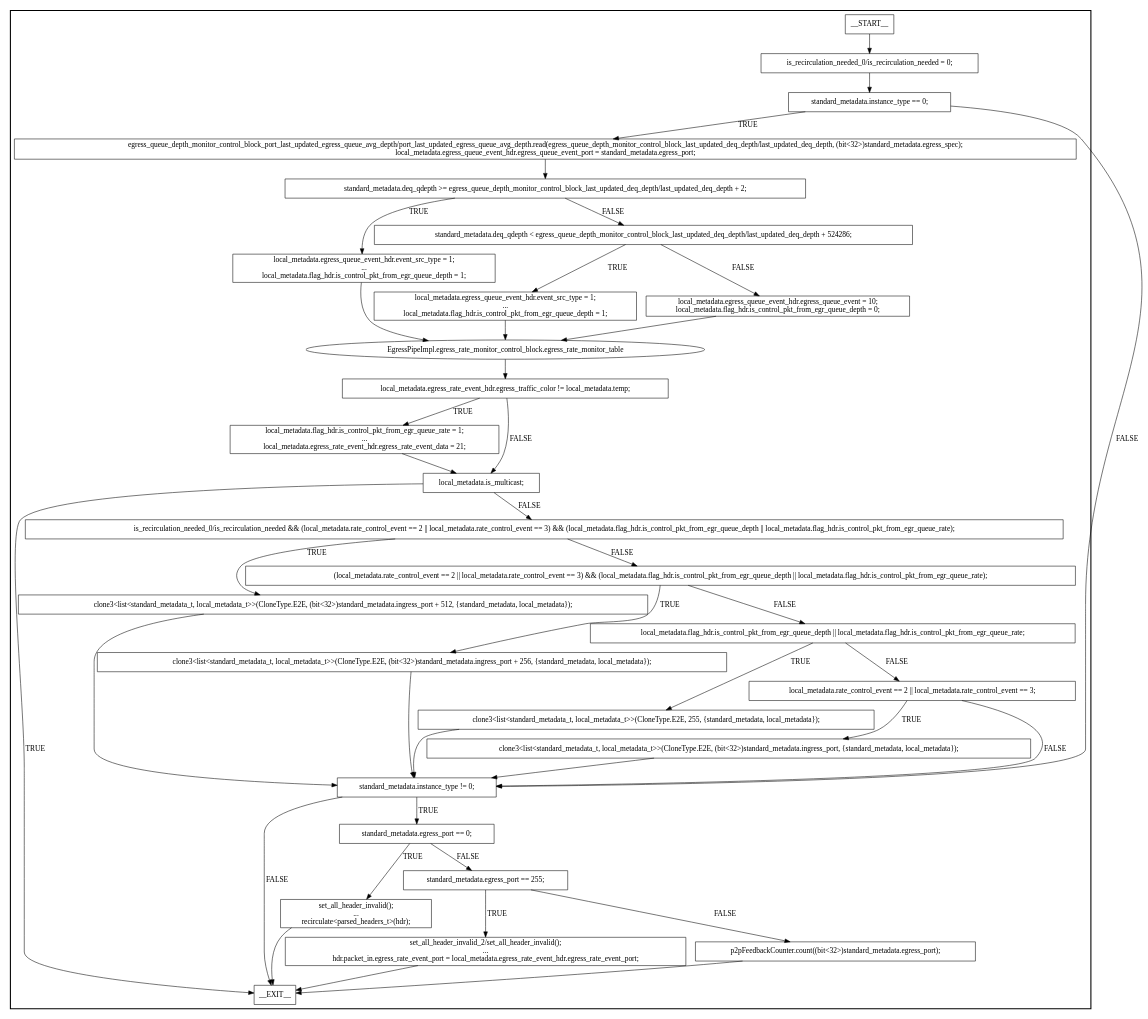
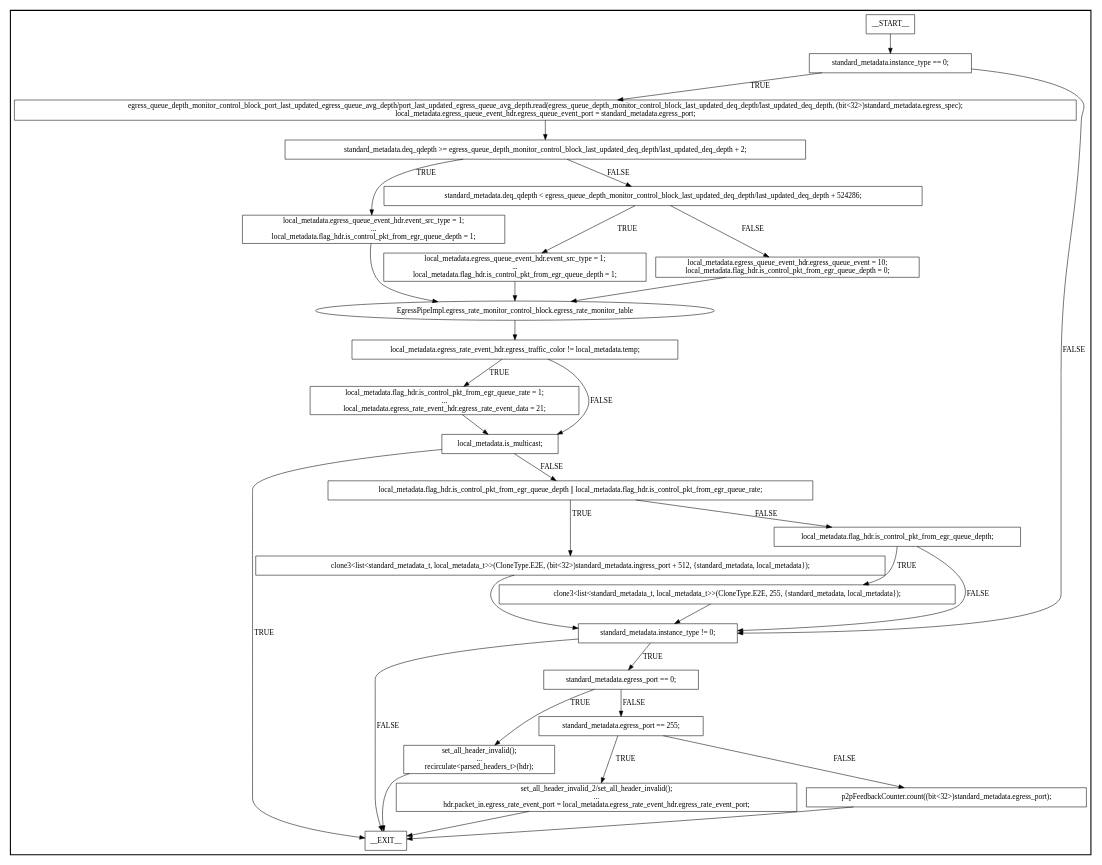
The diagram in p4src/graphs/spine/EgressPipeImpl.dot (drobinkent/P4TE_UPTO_ELSEVIER_CN_REVISION_1), drawn with Graphviz before and after one commit. The commit also changed 646 other files, not shown here.

```diff
--- a/p4src/graphs/spine/EgressPipeImpl.dot
+++ b/p4src/graphs/spine/EgressPipeImpl.dot
@@ -1,85 +1,73 @@
 digraph EgressPipeImpl {
 subgraph cluster {
 graph [
 label="", labeljust=r, style=bold];
 0[label=__START__, margin="", shape=rectangle, style=solid];
 1[label=__EXIT__, margin="", shape=rectangle, style=solid];
-2[label="is_recirculation_needed_0/is_recirculation_needed = 0;", margin="", shape=rectangle, style=solid];
-3[label="standard_metadata.instance_type == 0;", margin="", shape=rectangle, style=solid];
-4[label="egress_queue_depth_monitor_control_block_port_last_updated_egress_queue_avg_depth/port_last_updated_egress_queue_avg_depth.read(egress_queue_depth_monitor_control_block_last_updated_deq_depth/last_updated_deq_depth, (bit<32>)standard_metadata.egress_spec);
+2[label="standard_metadata.instance_type == 0;", margin="", shape=rectangle, style=solid];
+3[label="egress_queue_depth_monitor_control_block_port_last_updated_egress_queue_avg_depth/port_last_updated_egress_queue_avg_depth.read(egress_queue_depth_monitor_control_block_last_updated_deq_depth/last_updated_deq_depth, (bit<32>)standard_metadata.egress_spec);
 local_metadata.egress_queue_event_hdr.egress_queue_event_port = standard_metadata.egress_port;", margin="", shape=rectangle, style=solid];
-5[label="standard_metadata.deq_qdepth >= egress_queue_depth_monitor_control_block_last_updated_deq_depth/last_updated_deq_depth + 2;", margin="", shape=rectangle, style=solid];
-6[label="local_metadata.egress_queue_event_hdr.event_src_type = 1;
+4[label="standard_metadata.deq_qdepth >= egress_queue_depth_monitor_control_block_last_updated_deq_depth/last_updated_deq_depth + 2;", margin="", shape=rectangle, style=solid];
+5[label="local_metadata.egress_queue_event_hdr.event_src_type = 1;
 ...
 local_metadata.flag_hdr.is_control_pkt_from_egr_queue_depth = 1;", margin="", shape=rectangle, style=solid];
-7[label="standard_metadata.deq_qdepth < egress_queue_depth_monitor_control_block_last_updated_deq_depth/last_updated_deq_depth + 524286;", margin="", shape=rectangle, style=solid];
-8[label="local_metadata.egress_queue_event_hdr.event_src_type = 1;
+6[label="standard_metadata.deq_qdepth < egress_queue_depth_monitor_control_block_last_updated_deq_depth/last_updated_deq_depth + 524286;", margin="", shape=rectangle, style=solid];
+7[label="local_metadata.egress_queue_event_hdr.event_src_type = 1;
 ...
 local_metadata.flag_hdr.is_control_pkt_from_egr_queue_depth = 1;", margin="", shape=rectangle, style=solid];
-9[label="local_metadata.egress_queue_event_hdr.egress_queue_event = 10;
+8[label="local_metadata.egress_queue_event_hdr.egress_queue_event = 10;
 local_metadata.flag_hdr.is_control_pkt_from_egr_queue_depth = 0;", margin="", shape=rectangle, style=solid];
-10[label="EgressPipeImpl.egress_rate_monitor_control_block.egress_rate_monitor_table", margin="", shape=ellipse, style=solid];
-11[label="local_metadata.egress_rate_event_hdr.egress_traffic_color != local_metadata.temp;", margin="", shape=rectangle, style=solid];
-12[label="local_metadata.flag_hdr.is_control_pkt_from_egr_queue_rate = 1;
+9[label="EgressPipeImpl.egress_rate_monitor_control_block.egress_rate_monitor_table", margin="", shape=ellipse, style=solid];
+10[label="local_metadata.egress_rate_event_hdr.egress_traffic_color != local_metadata.temp;", margin="", shape=rectangle, style=solid];
+11[label="local_metadata.flag_hdr.is_control_pkt_from_egr_queue_rate = 1;
 ...
 local_metadata.egress_rate_event_hdr.egress_rate_event_data = 21;", margin="", shape=rectangle, style=solid];
-13[label="local_metadata.is_multicast;", margin="", shape=rectangle, style=solid];
-14[label="is_recirculation_needed_0/is_recirculation_needed && (local_metadata.rate_control_event == 2 || local_metadata.rate_control_event == 3) && (local_metadata.flag_hdr.is_control_pkt_from_egr_queue_depth || local_metadata.flag_hdr.is_control_pkt_from_egr_queue_rate);", margin="", shape=rectangle, style=solid];
-15[label="clone3<list<standard_metadata_t, local_metadata_t>>(CloneType.E2E, (bit<32>)standard_metadata.ingress_port + 512, {standard_metadata, local_metadata});", margin="", shape=rectangle, style=solid];
-16[label="(local_metadata.rate_control_event == 2 || local_metadata.rate_control_event == 3) && (local_metadata.flag_hdr.is_control_pkt_from_egr_queue_depth || local_metadata.flag_hdr.is_control_pkt_from_egr_queue_rate);", margin="", shape=rectangle, style=solid];
-17[label="clone3<list<standard_metadata_t, local_metadata_t>>(CloneType.E2E, (bit<32>)standard_metadata.ingress_port + 256, {standard_metadata, local_metadata});", margin="", shape=rectangle, style=solid];
-18[label="local_metadata.flag_hdr.is_control_pkt_from_egr_queue_depth || local_metadata.flag_hdr.is_control_pkt_from_egr_queue_rate;", margin="", shape=rectangle, style=solid];
-19[label="clone3<list<standard_metadata_t, local_metadata_t>>(CloneType.E2E, 255, {standard_metadata, local_metadata});", margin="", shape=rectangle, style=solid];
-20[label="local_metadata.rate_control_event == 2 || local_metadata.rate_control_event == 3;", margin="", shape=rectangle, style=solid];
-21[label="clone3<list<standard_metadata_t, local_metadata_t>>(CloneType.E2E, (bit<32>)standard_metadata.ingress_port, {standard_metadata, local_metadata});", margin="", shape=rectangle, style=solid];
-22[label="standard_metadata.instance_type != 0;", margin="", shape=rectangle, style=solid];
-23[label="standard_metadata.egress_port == 0;", margin="", shape=rectangle, style=solid];
-24[label="set_all_header_invalid();
+12[label="local_metadata.is_multicast;", margin="", shape=rectangle, style=solid];
+13[label="local_metadata.flag_hdr.is_control_pkt_from_egr_queue_depth || local_metadata.flag_hdr.is_control_pkt_from_egr_queue_rate;", margin="", shape=rectangle, style=solid];
+14[label="clone3<list<standard_metadata_t, local_metadata_t>>(CloneType.E2E, (bit<32>)standard_metadata.ingress_port + 512, {standard_metadata, local_metadata});", margin="", shape=rectangle, style=solid];
+15[label="local_metadata.flag_hdr.is_control_pkt_from_egr_queue_depth;", margin="", shape=rectangle, style=solid];
+16[label="clone3<list<standard_metadata_t, local_metadata_t>>(CloneType.E2E, 255, {standard_metadata, local_metadata});", margin="", shape=rectangle, style=solid];
+17[label="standard_metadata.instance_type != 0;", margin="", shape=rectangle, style=solid];
+18[label="standard_metadata.egress_port == 0;", margin="", shape=rectangle, style=solid];
+19[label="set_all_header_invalid();
 ...
 recirculate<parsed_headers_t>(hdr);", margin="", shape=rectangle, style=solid];
-25[label="standard_metadata.egress_port == 255;", margin="", shape=rectangle, style=solid];
-26[label="set_all_header_invalid_2/set_all_header_invalid();
+20[label="standard_metadata.egress_port == 255;", margin="", shape=rectangle, style=solid];
+21[label="set_all_header_invalid_2/set_all_header_invalid();
 ...
 hdr.packet_in.egress_rate_event_port = local_metadata.egress_rate_event_hdr.egress_rate_event_port;", margin="", shape=rectangle, style=solid];
-27[label="p2pFeedbackCounter.count((bit<32>)standard_metadata.egress_port);", margin="", shape=rectangle, style=solid];
+22[label="p2pFeedbackCounter.count((bit<32>)standard_metadata.egress_port);", margin="", shape=rectangle, style=solid];
 0 -> 2[label=""];
-2 -> 3[label=""];
-3 -> 4[label=TRUE];
-3 -> 22[label=FALSE];
-4 -> 5[label=""];
-5 -> 6[label=TRUE];
-5 -> 7[label=FALSE];
-6 -> 10[label=""];
-7 -> 8[label=TRUE];
-7 -> 9[label=FALSE];
-8 -> 10[label=""];
+2 -> 3[label=TRUE];
+2 -> 17[label=FALSE];
+3 -> 4[label=""];
+4 -> 5[label=TRUE];
+4 -> 6[label=FALSE];
+5 -> 9[label=""];
+6 -> 7[label=TRUE];
+6 -> 8[label=FALSE];
+7 -> 9[label=""];
+8 -> 9[label=""];
 9 -> 10[label=""];
-10 -> 11[label=""];
-11 -> 12[label=TRUE];
-11 -> 13[label=FALSE];
-12 -> 13[label=""];
-13 -> 1[label=TRUE];
-13 -> 14[label=FALSE];
-14 -> 15[label=TRUE];
-14 -> 16[label=FALSE];
-15 -> 22[label=""];
-16 -> 17[label=TRUE];
-16 -> 18[label=FALSE];
-17 -> 22[label=""];
+10 -> 11[label=TRUE];
+10 -> 12[label=FALSE];
+11 -> 12[label=""];
+12 -> 1[label=TRUE];
+12 -> 13[label=FALSE];
+13 -> 14[label=TRUE];
+13 -> 15[label=FALSE];
+14 -> 17[label=""];
+15 -> 16[label=TRUE];
+15 -> 17[label=FALSE];
+16 -> 17[label=""];
+17 -> 18[label=TRUE];
+17 -> 1[label=FALSE];
 18 -> 19[label=TRUE];
 18 -> 20[label=FALSE];
-19 -> 22[label=""];
+19 -> 1[label=""];
 20 -> 21[label=TRUE];
 20 -> 22[label=FALSE];
-21 -> 22[label=""];
-22 -> 23[label=TRUE];
-22 -> 1[label=FALSE];
-23 -> 24[label=TRUE];
-23 -> 25[label=FALSE];
-24 -> 1[label=""];
-25 -> 26[label=TRUE];
-25 -> 27[label=FALSE];
-26 -> 1[label=""];
-27 -> 1[label=""];
+21 -> 1[label=""];
+22 -> 1[label=""];
 }
 }
```
